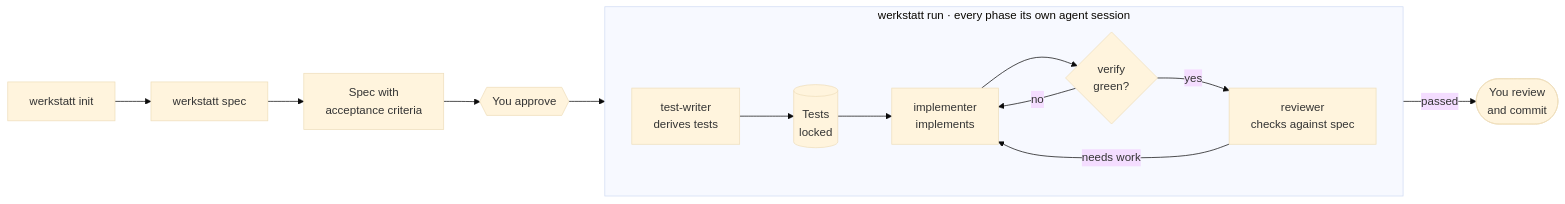
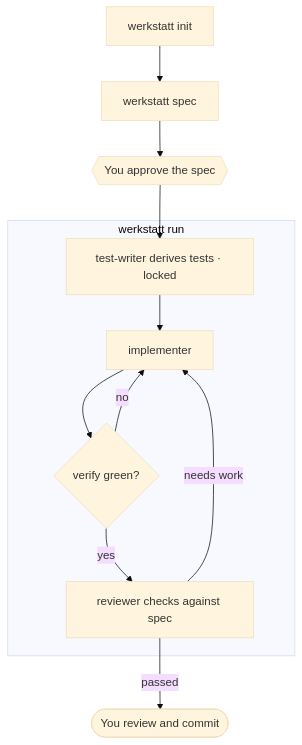
One commit to niklas-enns/werkstatt changed the diagram in README.md. Above: the diagram before and after it, drawn with Mermaid (base theme).

Commit message:
README: vertical workflow diagram
Top to bottom instead of left to right, with fewer nodes and one-line
labels, so it no longer runs wide.

````diff
--- a/README.md
+++ b/README.md
@@ -32,19 +32,16 @@
 ```mermaid
-flowchart LR
-    setup["werkstatt init"] --> interview["werkstatt spec"]
-    interview --> spec[Spec with<br/>acceptance criteria]
-    spec --> release{{You approve}}
-    release --> tests
+flowchart TD
+    init["werkstatt init"] --> spec["werkstatt spec"]
+    spec --> approve{{You approve the spec}}
+    approve --> tests
 
-    subgraph run_box ["werkstatt run · every phase its own agent session"]
-        direction LR
-        tests[test-writer<br/>derives tests] --> lock[(Tests<br/>locked)]
-        lock --> impl[implementer<br/>implements]
-        impl --> verify{verify<br/>green?}
+    subgraph run ["werkstatt run"]
+        tests["test-writer derives tests · locked"] --> impl[implementer]
+        impl --> verify{verify green?}
         verify -- no --> impl
-        verify -- yes --> review[reviewer<br/>checks against spec]
+        verify -- yes --> review[reviewer checks against spec]
         review -- needs work --> impl
     end
 
-    review -- passed --> done([You review<br/>and commit])
+    review -- passed --> done([You review and commit])
 ```
````
